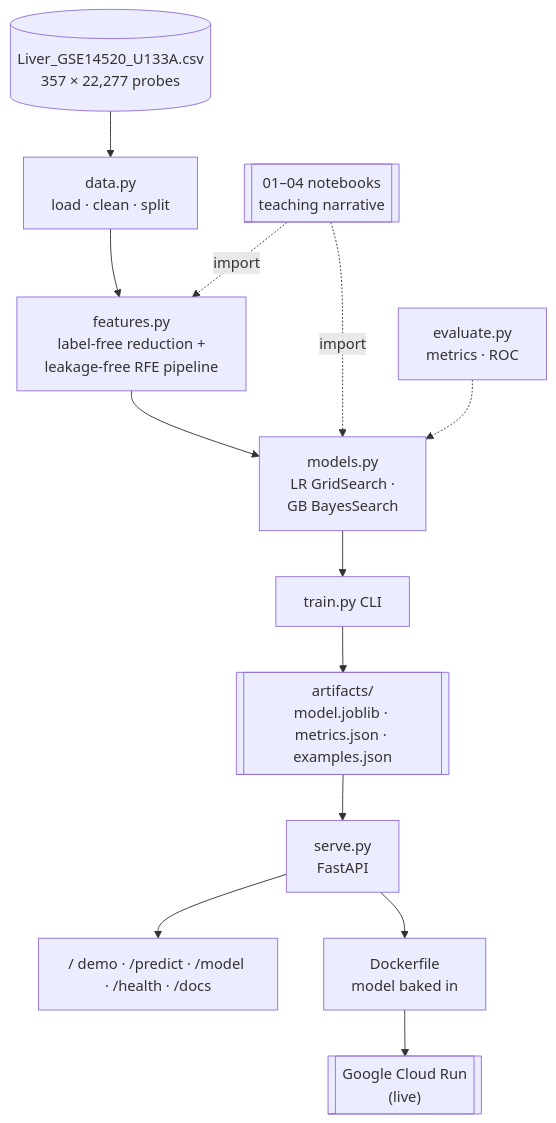
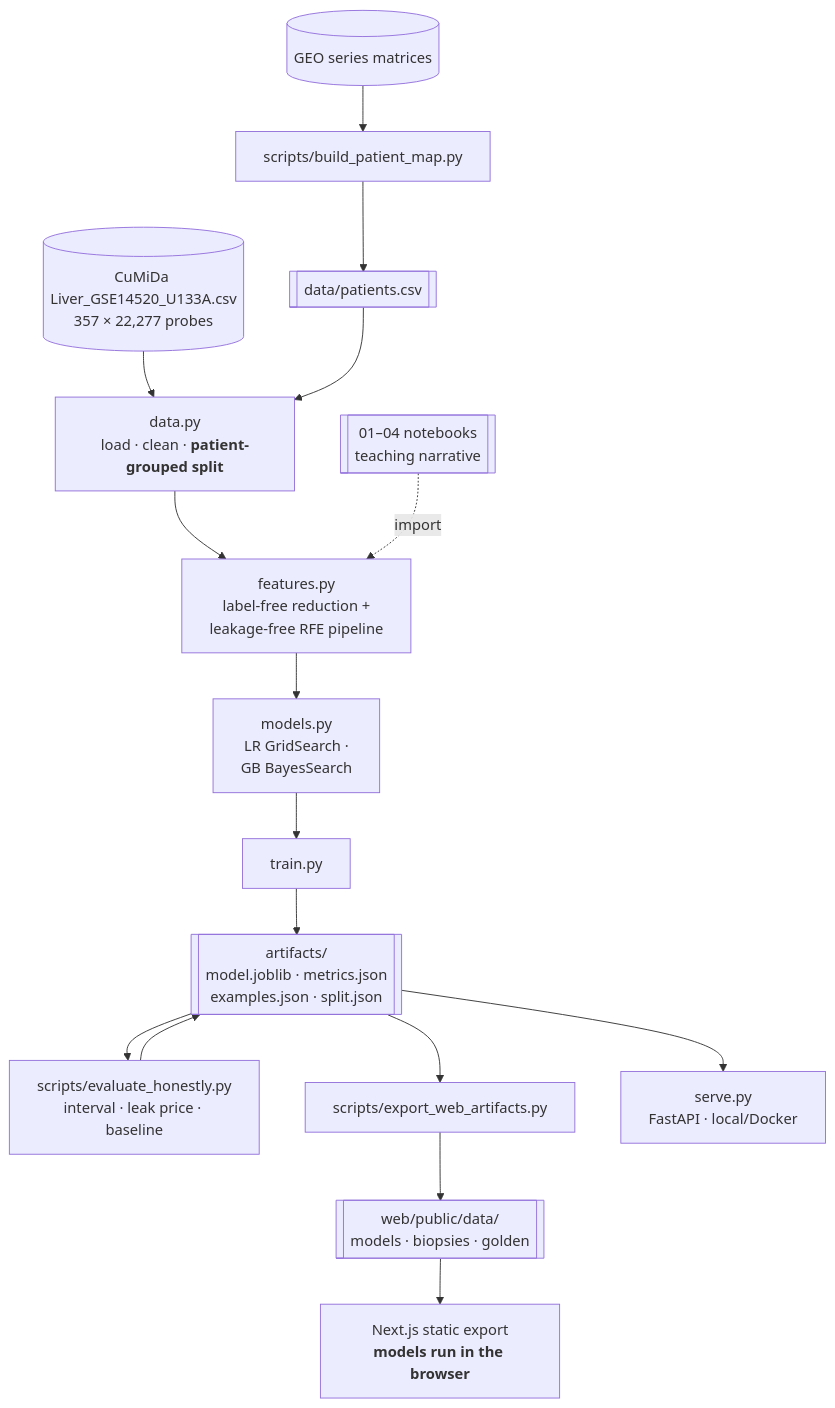
One commit to shiva-shivanibokka/Cumida-ML-Model changed the diagram in README.md. Above: the diagram before and after it, drawn with Mermaid. The commit also changed other lines of this file and 48 other files, not shown here.

````diff
--- a/README.md
+++ b/README.md
@@ -100,14 +116,16 @@
 ```mermaid
 flowchart TD
-    CSV[("Liver_GSE14520_U133A.csv<br/>357 × 22,277 probes")] --> DATA[data.py<br/>load · clean · split]
+    CSV[("CuMiDa Liver_GSE14520_U133A.csv<br/>357 × 22,277 probes")] --> DATA[data.py<br/>load · clean · <b>patient-grouped split</b>]
+    GEO[("GEO series matrices")] --> MAP[scripts/build_patient_map.py] --> PAT[["data/patients.csv"]] --> DATA
     DATA --> FEAT[features.py<br/>label-free reduction +<br/>leakage-free RFE pipeline]
     FEAT --> MODELS[models.py<br/>LR GridSearch ·<br/>GB BayesSearch]
-    MODELS --> TRAIN[train.py CLI]
-    TRAIN --> ART[["artifacts/<br/>model.joblib · metrics.json · examples.json"]]
-    ART --> SERVE[serve.py<br/>FastAPI]
-    SERVE --> EP["/ demo · /predict · /model · /health · /docs"]
-    SERVE --> DOCKER[Dockerfile<br/>model baked in] --> CLOUD[["Google Cloud Run<br/>(live)"]]
+    MODELS --> TRAIN[train.py]
+    TRAIN --> ART[["artifacts/<br/>model.joblib · metrics.json<br/>examples.json · split.json"]]
+    ART --> HON[scripts/evaluate_honestly.py<br/>interval · leak price · baseline]
+    HON --> ART
+    ART --> EXP[scripts/export_web_artifacts.py]
+    EXP --> WEB[["web/public/data/<br/>models · biopsies · golden"]]
+    WEB --> SITE[Next.js static export<br/><b>models run in the browser</b>]
+    ART --> SERVE[serve.py<br/>FastAPI · local/Docker]
     NB[["01–04 notebooks<br/>teaching narrative"]] -. import .-> FEAT
-    NB -. import .-> MODELS
-    EVAL[evaluate.py<br/>metrics · ROC] -.-> MODELS
 ```
````
